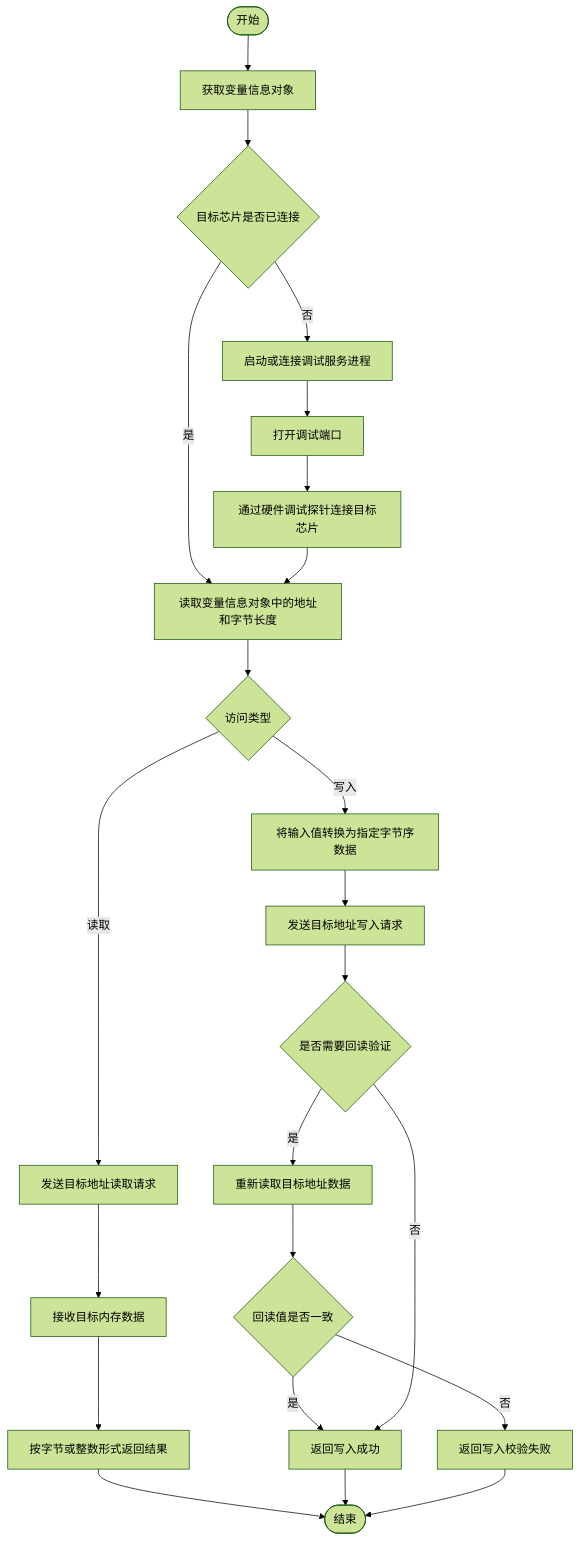
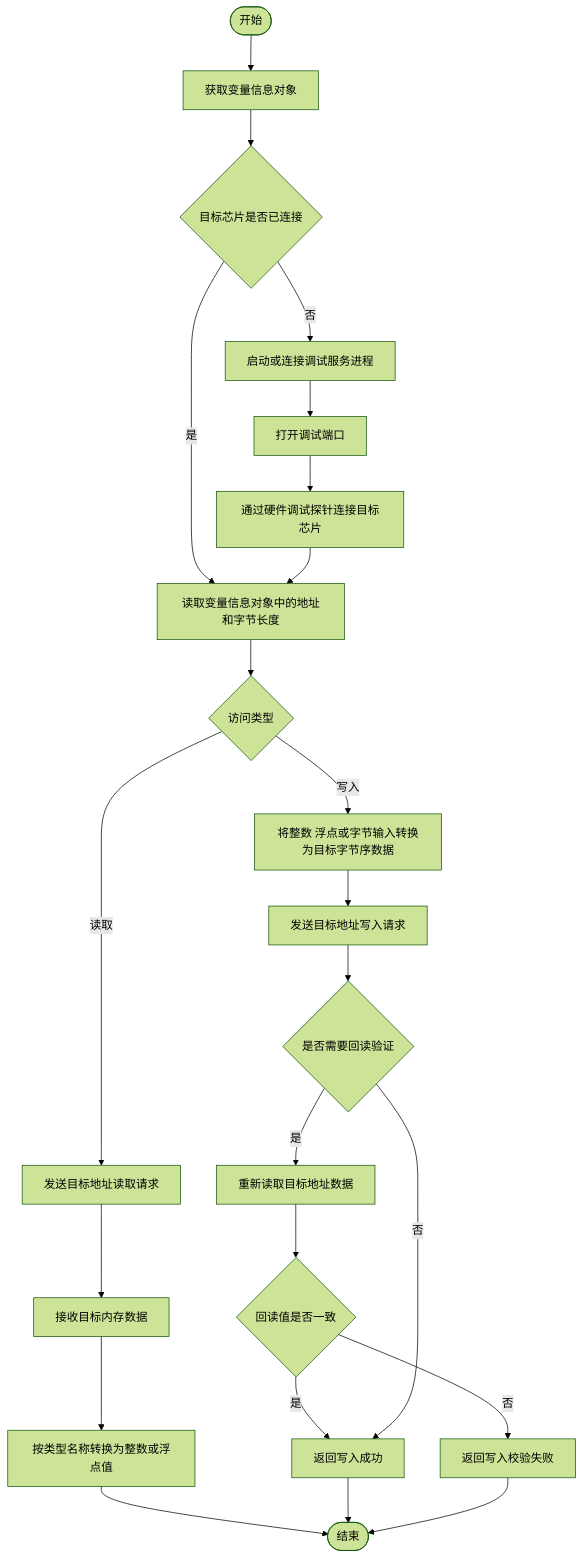
One commit to Dream-007/TC397Tools changed the third of 5 diagrams in docs/TC397_ELF_DAP_PATENT_DRAFT.md. Above: the diagram before and after it, drawn with Mermaid (forest theme). The commit also changed other lines of this file and 1 other file, not shown here.

````diff
--- a/docs/TC397_ELF_DAP_PATENT_DRAFT.md
+++ b/docs/TC397_ELF_DAP_PATENT_DRAFT.md
@@ -302,28 +364,28 @@
 ```mermaid
 flowchart TD
     A([开始]) --> B[获取变量信息对象]
     B --> C{目标芯片是否已连接}
     C -- 否 --> D[启动或连接调试服务进程]
     D --> E[打开调试端口]
     E --> F[通过硬件调试探针连接目标芯片]
     C -- 是 --> G[读取变量信息对象中的地址和字节长度]
     F --> G
 
     G --> H{访问类型}
     H -- 读取 --> I[发送目标地址读取请求]
     I --> J[接收目标内存数据]
-    J --> K[按字节或整数形式返回结果]
+    J --> K[按类型名称转换为整数或浮点值]
 
-    H -- 写入 --> L[将输入值转换为指定字节序数据]
+    H -- 写入 --> L[将整数 浮点或字节输入转换为目标字节序数据]
     L --> M[发送目标地址写入请求]
     M --> N{是否需要回读验证}
     N -- 是 --> O[重新读取目标地址数据]
     O --> P{回读值是否一致}
     P -- 是 --> Q[返回写入成功]
     P -- 否 --> R[返回写入校验失败]
     N -- 否 --> Q
 
     K --> S([结束])
     Q --> S
     R --> S
 ```
````
